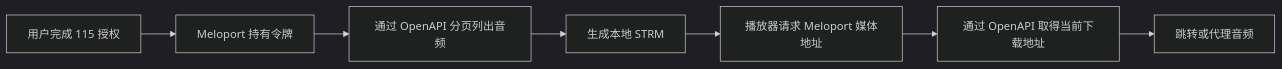
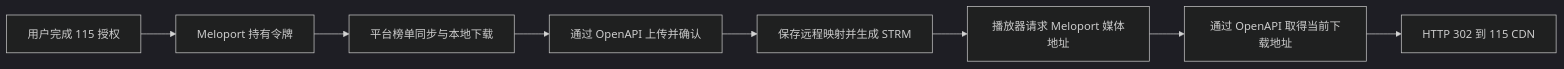
One commit to yzfh-ty/meloport changed the diagram in tmp/115网盘与STRM接入设计.md. Above: the diagram before and after it, drawn with Mermaid (dark theme). The commit also changed other lines of this file, not shown here.

Commit message:
Clarify integrated 115 STRM playback design

````diff
--- a/tmp/115网盘与STRM接入设计.md
+++ b/tmp/115网盘与STRM接入设计.md
@@ -48,9 +51,10 @@
 ```mermaid
 flowchart LR
     A[用户完成 115 授权] --> B[Meloport 持有令牌]
-    B --> C[通过 OpenAPI 分页列出音频]
-    C --> D[生成本地 STRM]
-    D --> E[播放器请求 Meloport 媒体地址]
-    E --> F[通过 OpenAPI 取得当前下载地址]
-    F --> G[跳转或代理音频]
+    B --> C[平台榜单同步与本地下载]
+    C --> D[通过 OpenAPI 上传并确认]
+    D --> E[保存远程映射并生成 STRM]
+    E --> F[播放器请求 Meloport 媒体地址]
+    F --> G[通过 OpenAPI 取得当前下载地址]
+    G --> H[HTTP 302 到 115 CDN]
 ```
````
